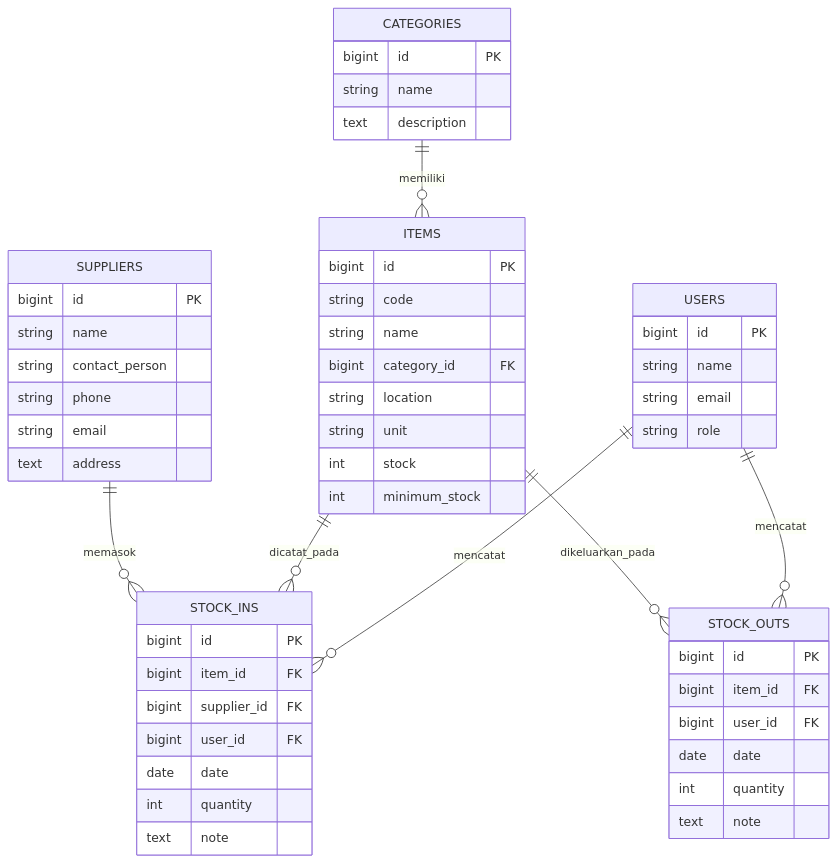
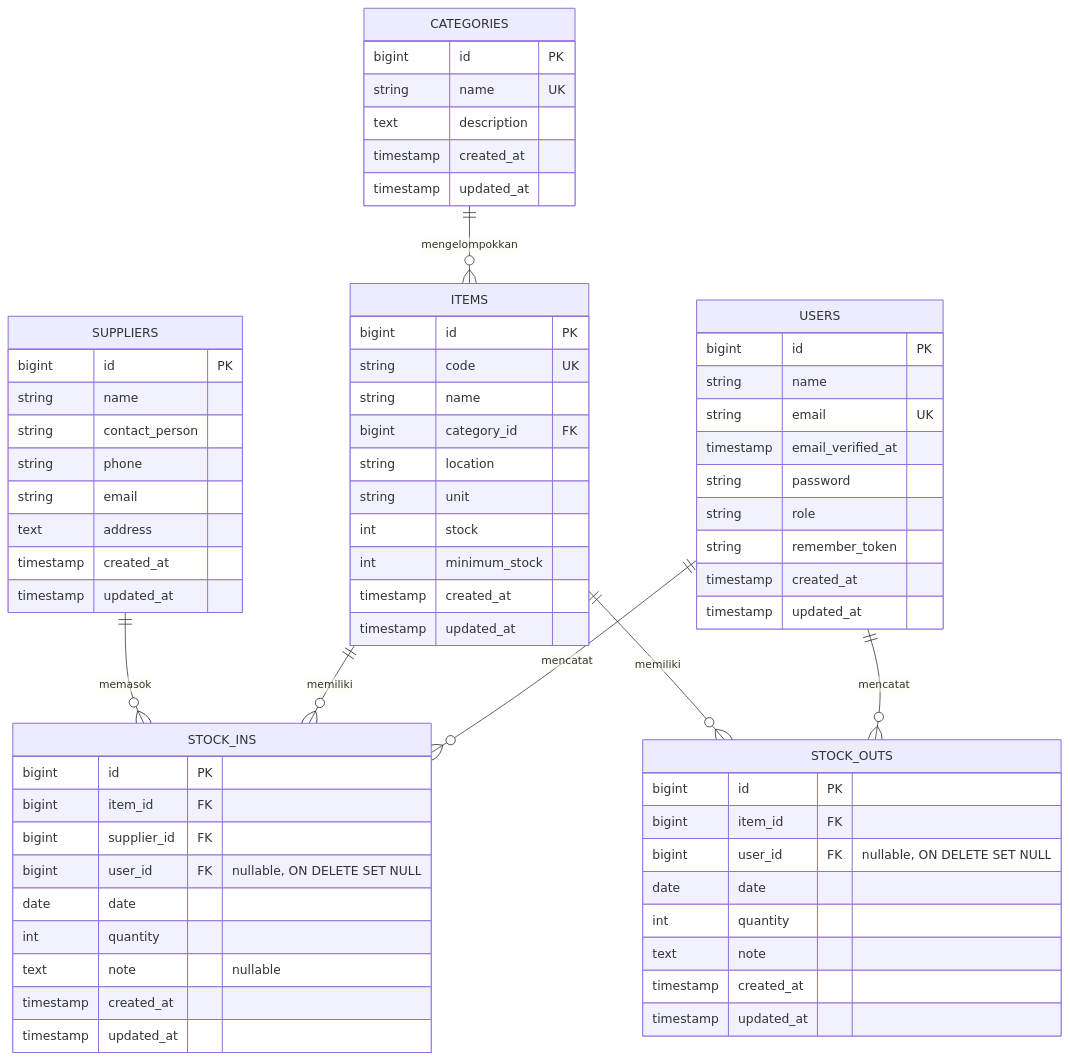
Before and after one commit to allegra511/inventaris-laravel-starter: the diagram in docs/erd.mmd, drawn with Mermaid. The commit also changed 53 other files, not shown here.

```diff
--- a/docs/erd.mmd
+++ b/docs/erd.mmd
@@ -1,53 +1,74 @@
 erDiagram
     USERS ||--o{ STOCK_INS : mencatat
     USERS ||--o{ STOCK_OUTS : mencatat
-    CATEGORIES ||--o{ ITEMS : memiliki
-    ITEMS ||--o{ STOCK_INS : dicatat_pada
-    ITEMS ||--o{ STOCK_OUTS : dikeluarkan_pada
+    CATEGORIES ||--o{ ITEMS : mengelompokkan
+    ITEMS ||--o{ STOCK_INS : memiliki
+    ITEMS ||--o{ STOCK_OUTS : memiliki
     SUPPLIERS ||--o{ STOCK_INS : memasok
+
     USERS {
         bigint id PK
         string name
-        string email
+        string email UK
+        timestamp email_verified_at
+        string password
         string role
+        string remember_token
+        timestamp created_at
+        timestamp updated_at
     }
+
     CATEGORIES {
         bigint id PK
-        string name
+        string name UK
         text description
+        timestamp created_at
+        timestamp updated_at
     }
+
     SUPPLIERS {
         bigint id PK
         string name
         string contact_person
         string phone
         string email
         text address
+        timestamp created_at
+        timestamp updated_at
     }
+
     ITEMS {
         bigint id PK
-        string code
+        string code UK
         string name
         bigint category_id FK
         string location
         string unit
         int stock
         int minimum_stock
+        timestamp created_at
+        timestamp updated_at
     }
+
     STOCK_INS {
         bigint id PK
         bigint item_id FK
         bigint supplier_id FK
-        bigint user_id FK
+        bigint user_id FK "nullable, ON DELETE SET NULL"
+        date date
+        int quantity
+        text note "nullable"
+        timestamp created_at
+        timestamp updated_at
+    }
+
+    STOCK_OUTS {
+        bigint id PK
+        bigint item_id FK
+        bigint user_id FK "nullable, ON DELETE SET NULL"
         date date
         int quantity
         text note
+        timestamp created_at
+        timestamp updated_at
     }
-    STOCK_OUTS {
-        bigint id PK
-        bigint item_id FK
-        bigint user_id FK
-        date date
-        int quantity
-        text note
-    }
```
